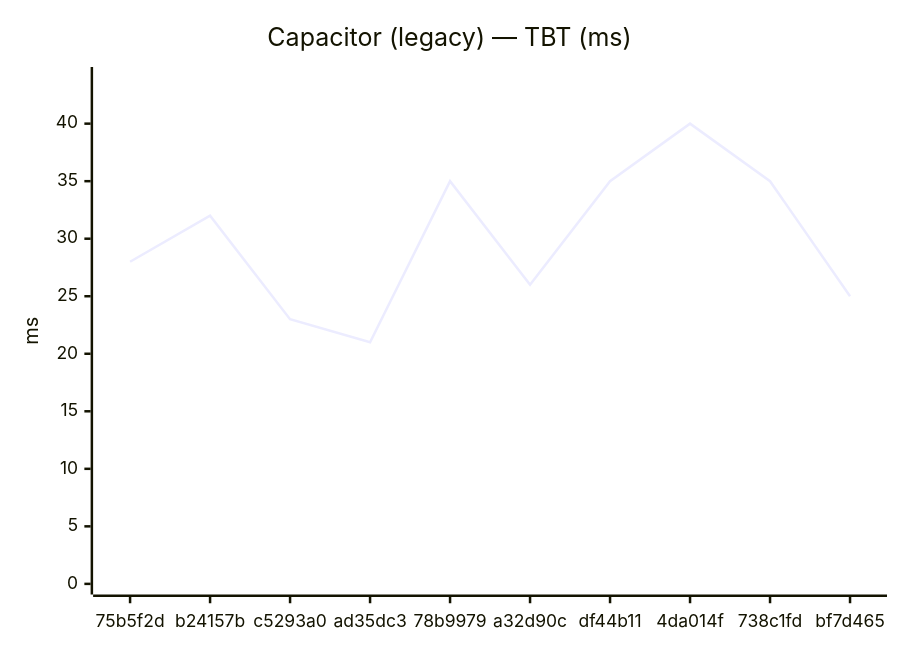
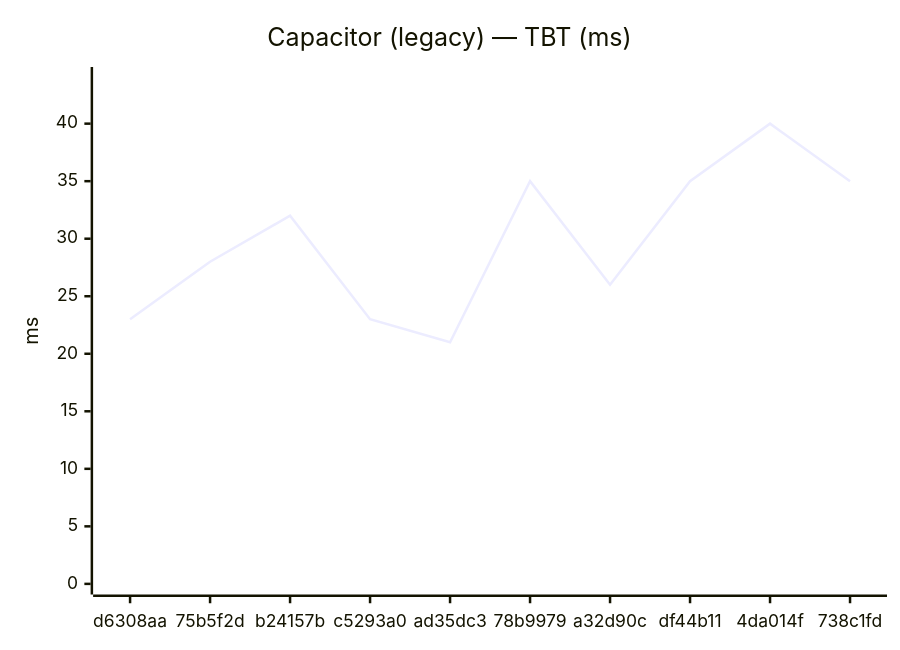
Before and after one commit to Metaheurist/Rianell: the sixth of 24 diagrams in benchmarks/compare.md, drawn with Mermaid. The commit also changed other lines of this file and 14 other files, not shown here.

````diff
--- a/benchmarks/compare.md
+++ b/benchmarks/compare.md
@@ -91,7 +91,7 @@
 ```mermaid
 xychart-beta
     title "Capacitor (legacy) — TBT (ms)"
-    x-axis ["75b5f2d", "b24157b", "c5293a0", "ad35dc3", "78b9979", "a32d90c", "df44b11", "4da014f", "738c1fd", "bf7d465"]
+    x-axis ["d6308aa", "75b5f2d", "b24157b", "c5293a0", "ad35dc3", "78b9979", "a32d90c", "df44b11", "4da014f", "738c1fd"]
     y-axis "ms" 0 --> 44
-    line [28, 32, 23, 21, 35, 26, 35, 40, 35, 25]
+    line [23, 28, 32, 23, 21, 35, 26, 35, 40, 35]
 ```
````
